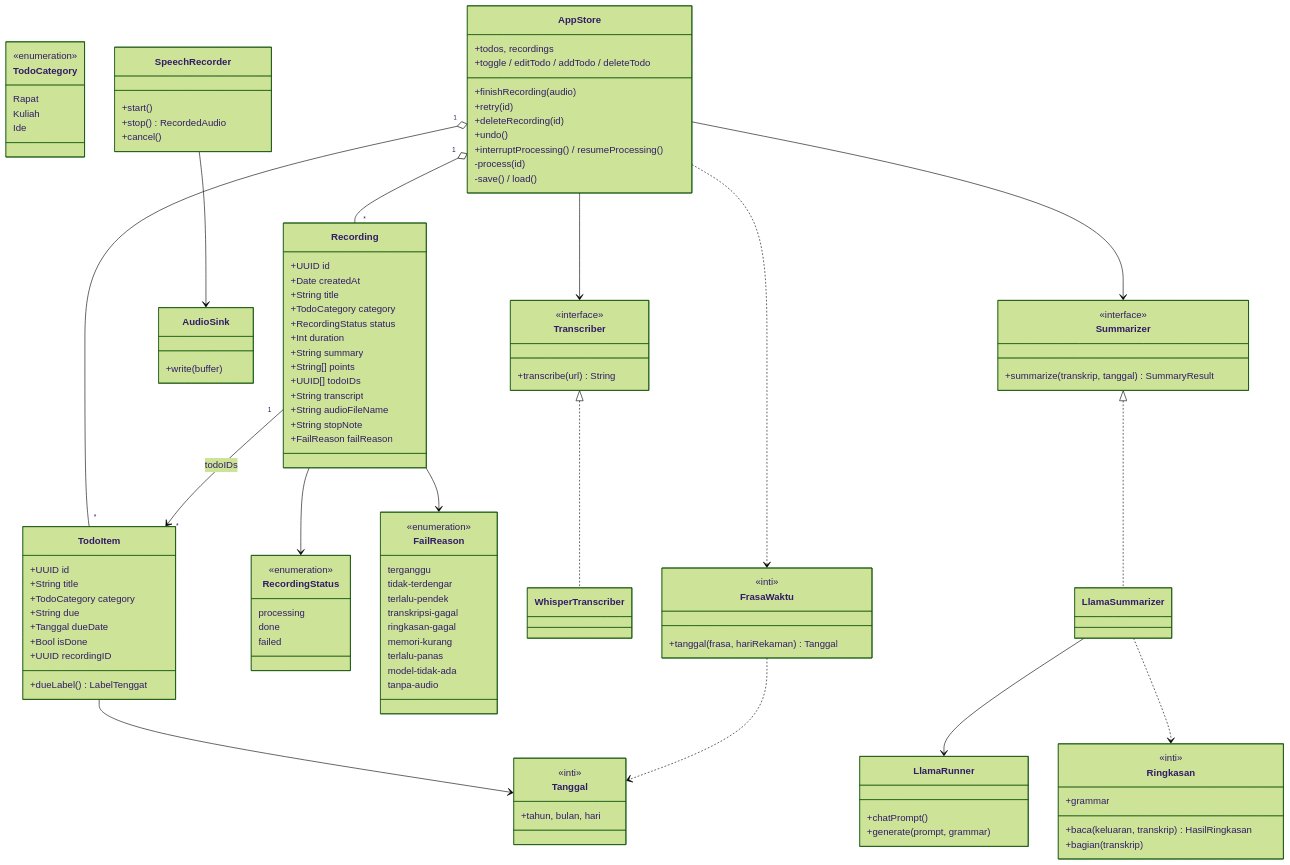
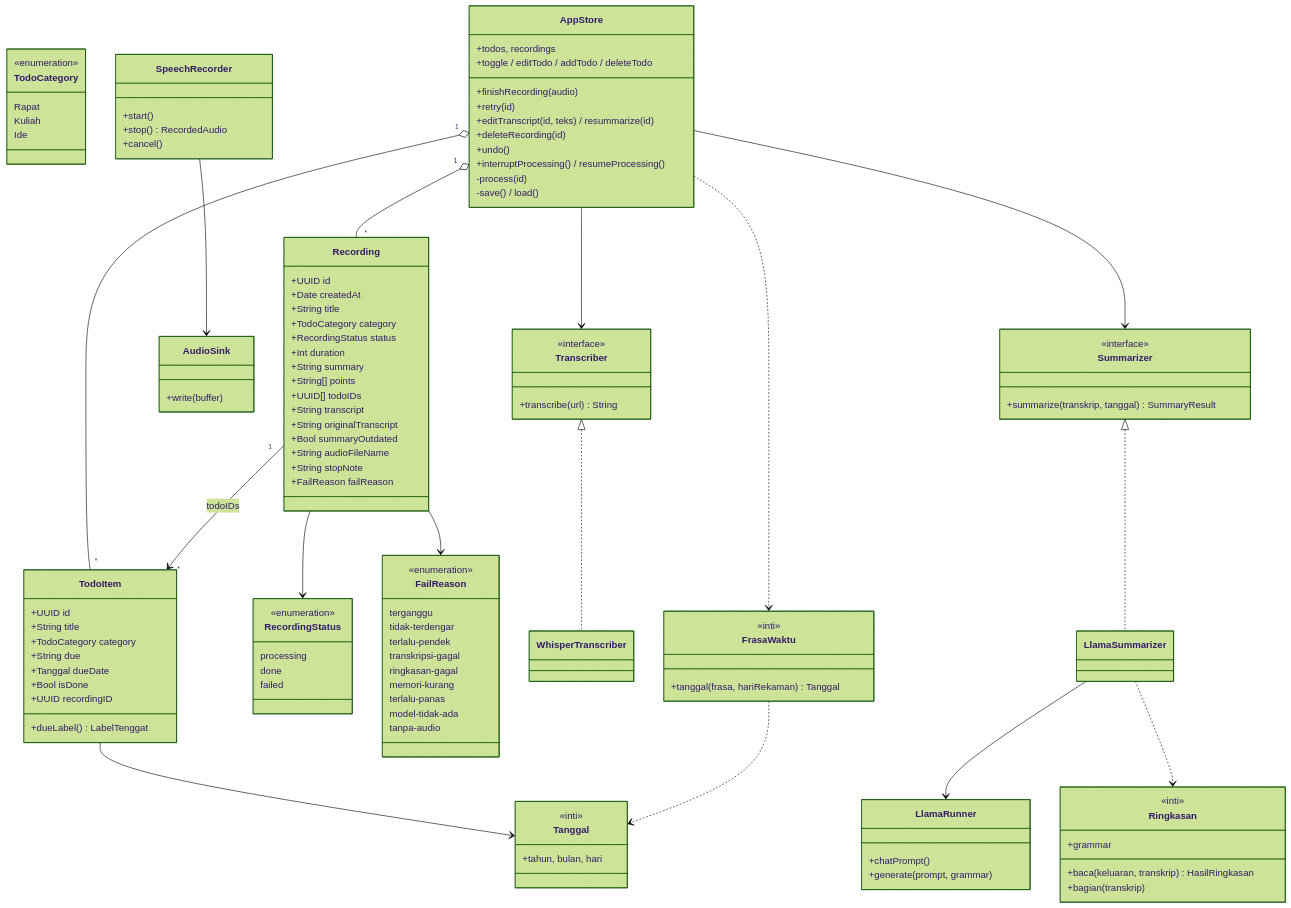
The diagram in docs/diagram/3-class.mmd (ZackyMaulana912/VoiceToDo), drawn with Mermaid (forest theme) before and after one commit. The commit also changed 1 other file, not shown here.

Commit message:
Tambah transkrip asli dan tanda ringkasan usang di Class Diagram

```diff
--- a/docs/diagram/3-class.mmd
+++ b/docs/diagram/3-class.mmd
@@ -1,115 +1,118 @@
-%% Gambar 3. Class Diagram Voice-to-Todo (digambar dari kode ios/ per 2026-11-12)
+%% Gambar 3. Class Diagram Voice-to-Todo (digambar dari kode ios/ per 2026-11-12, diperbarui 2026-11-16)
 classDiagram
     direction TB
     class Recording {
         +UUID id
         +Date createdAt
         +String title
         +TodoCategory category
         +RecordingStatus status
         +Int duration
         +String summary
         +String[] points
         +UUID[] todoIDs
         +String transcript
+        +String originalTranscript
+        +Bool summaryOutdated
         +String audioFileName
         +String stopNote
         +FailReason failReason
     }
     class TodoItem {
         +UUID id
         +String title
         +TodoCategory category
         +String due
         +Tanggal dueDate
         +Bool isDone
         +UUID recordingID
         +dueLabel() LabelTenggat
     }
     class RecordingStatus {
         <<enumeration>>
         processing
         done
         failed
     }
     class FailReason {
         <<enumeration>>
         terganggu
         tidak-terdengar
         terlalu-pendek
         transkripsi-gagal
         ringkasan-gagal
         memori-kurang
         terlalu-panas
         model-tidak-ada
         tanpa-audio
     }
     class TodoCategory {
         <<enumeration>>
         Rapat
         Kuliah
         Ide
     }
     class AppStore {
         +todos, recordings
         +finishRecording(audio)
         +retry(id)
+        +editTranscript(id, teks) / resummarize(id)
         +toggle / editTodo / addTodo / deleteTodo
         +deleteRecording(id)
         +undo()
         +interruptProcessing() / resumeProcessing()
         -process(id)
         -save() / load()
     }
     class SpeechRecorder {
         +start()
         +stop() RecordedAudio
         +cancel()
     }
     class AudioSink {
         +write(buffer)
     }
     class Transcriber {
         <<interface>>
         +transcribe(url) String
     }
     class WhisperTranscriber
     class Summarizer {
         <<interface>>
         +summarize(transkrip, tanggal) SummaryResult
     }
     class LlamaSummarizer
     class LlamaRunner {
         +chatPrompt()
         +generate(prompt, grammar)
     }
     class Ringkasan {
         <<inti>>
         +grammar
         +baca(keluaran, transkrip) HasilRingkasan
         +bagian(transkrip)
     }
     class FrasaWaktu {
         <<inti>>
         +tanggal(frasa, hariRekaman) Tanggal
     }
     class Tanggal {
         <<inti>>
         +tahun, bulan, hari
     }
 
     AppStore "1" o-- "*" Recording
     AppStore "1" o-- "*" TodoItem
     Recording "1" --> "*" TodoItem : todoIDs
     Recording --> RecordingStatus
     Recording --> FailReason
     TodoItem --> Tanggal
     AppStore --> Transcriber
     AppStore --> Summarizer
     AppStore ..> FrasaWaktu
     Transcriber <|.. WhisperTranscriber
     Summarizer <|.. LlamaSummarizer
     LlamaSummarizer --> LlamaRunner
     LlamaSummarizer ..> Ringkasan
     SpeechRecorder --> AudioSink
     FrasaWaktu ..> Tanggal
```
